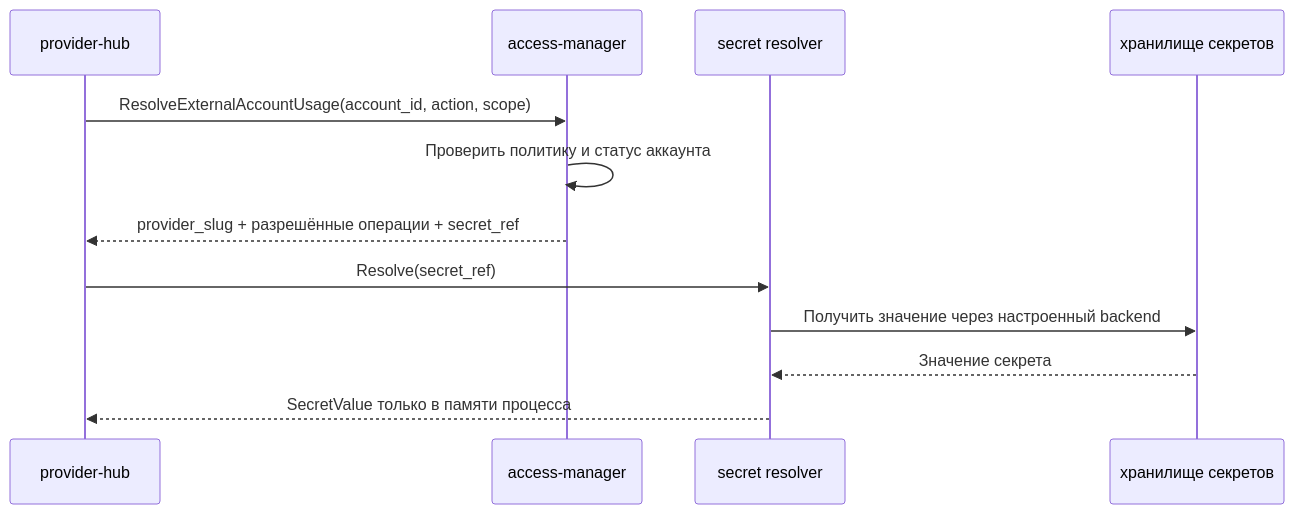
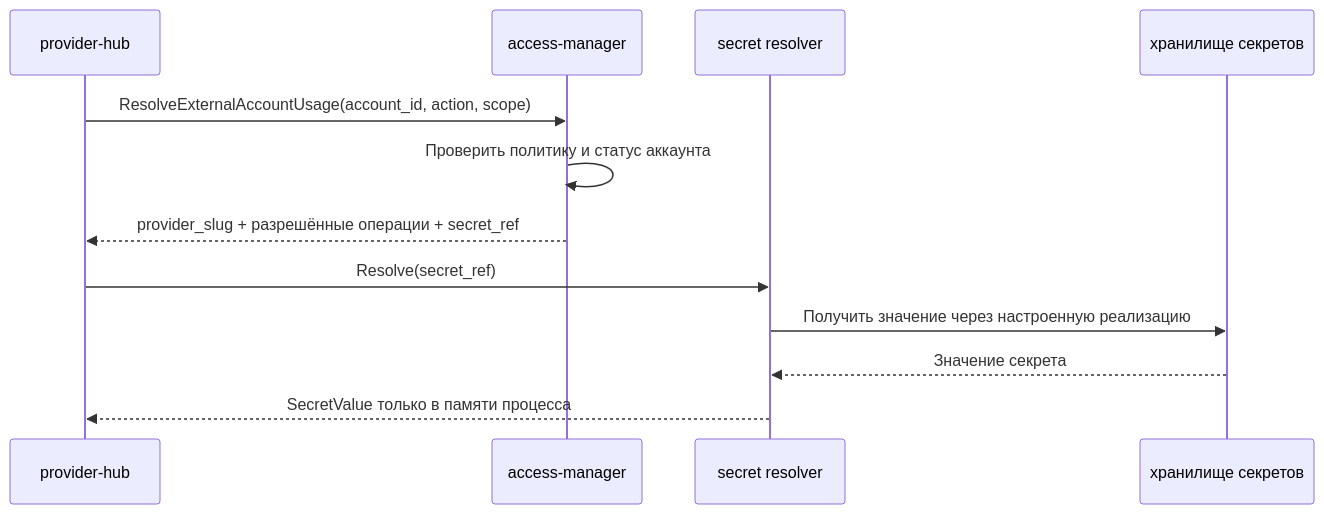
One commit to codex-k8s/kodex changed the third of 3 diagrams in docs/domains/access-and-accounts/architecture/design.md. Above: the diagram before and after it, drawn with Mermaid. The commit also changed 29 other files, not shown here.

````diff
--- a/docs/domains/access-and-accounts/architecture/design.md
+++ b/docs/domains/access-and-accounts/architecture/design.md
@@ -104,14 +104,14 @@
 ```mermaid
 sequenceDiagram
   participant P as provider-hub
   participant A as access-manager
   participant R as secret resolver
   participant V as хранилище секретов
   P->>A: ResolveExternalAccountUsage(account_id, action, scope)
   A->>A: Проверить политику и статус аккаунта
   A-->>P: provider_slug + разрешённые операции + secret_ref
   P->>R: Resolve(secret_ref)
-  R->>V: Получить значение через настроенный backend
+  R->>V: Получить значение через настроенную реализацию
   V-->>R: Значение секрета
   R-->>P: SecretValue только в памяти процесса
 ```
````
